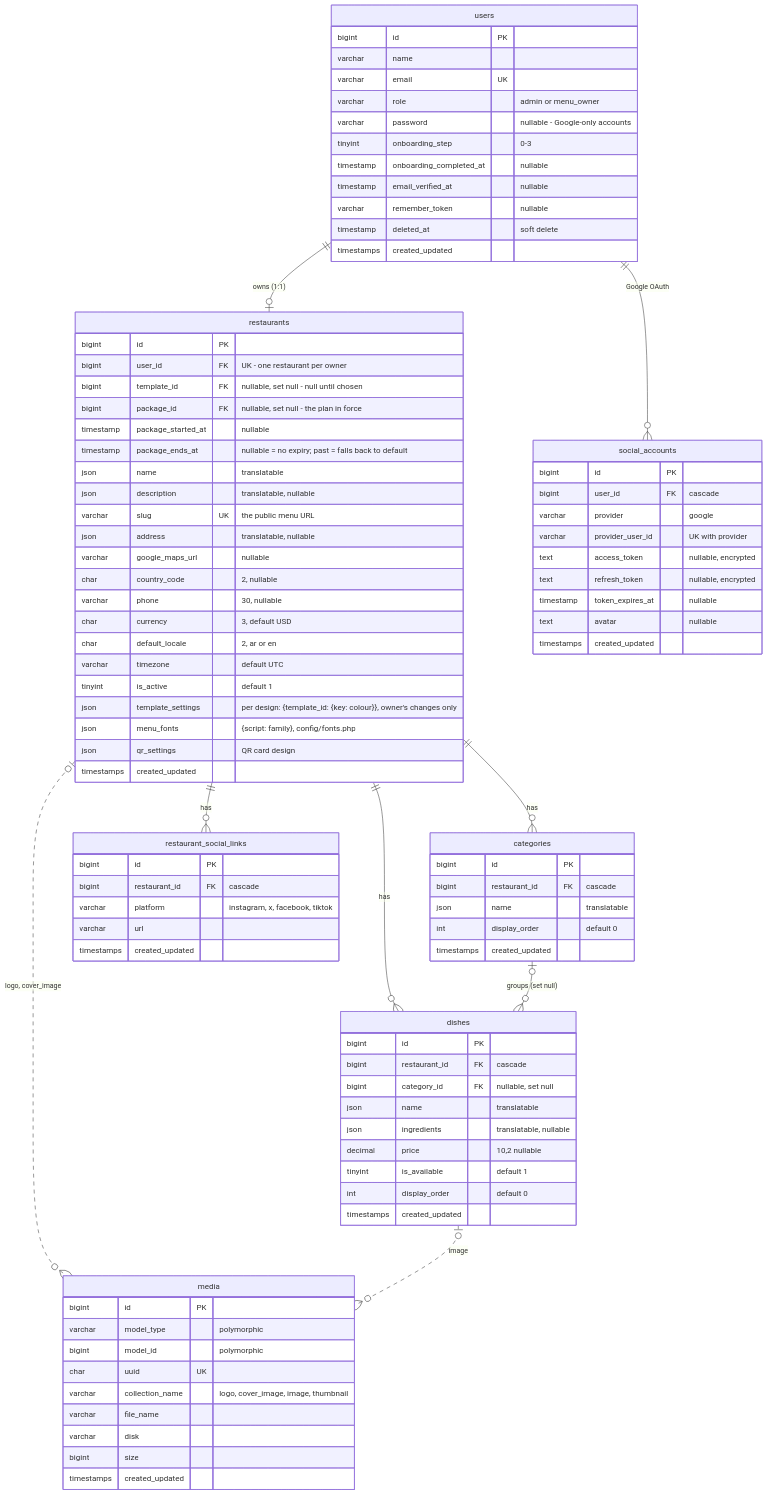
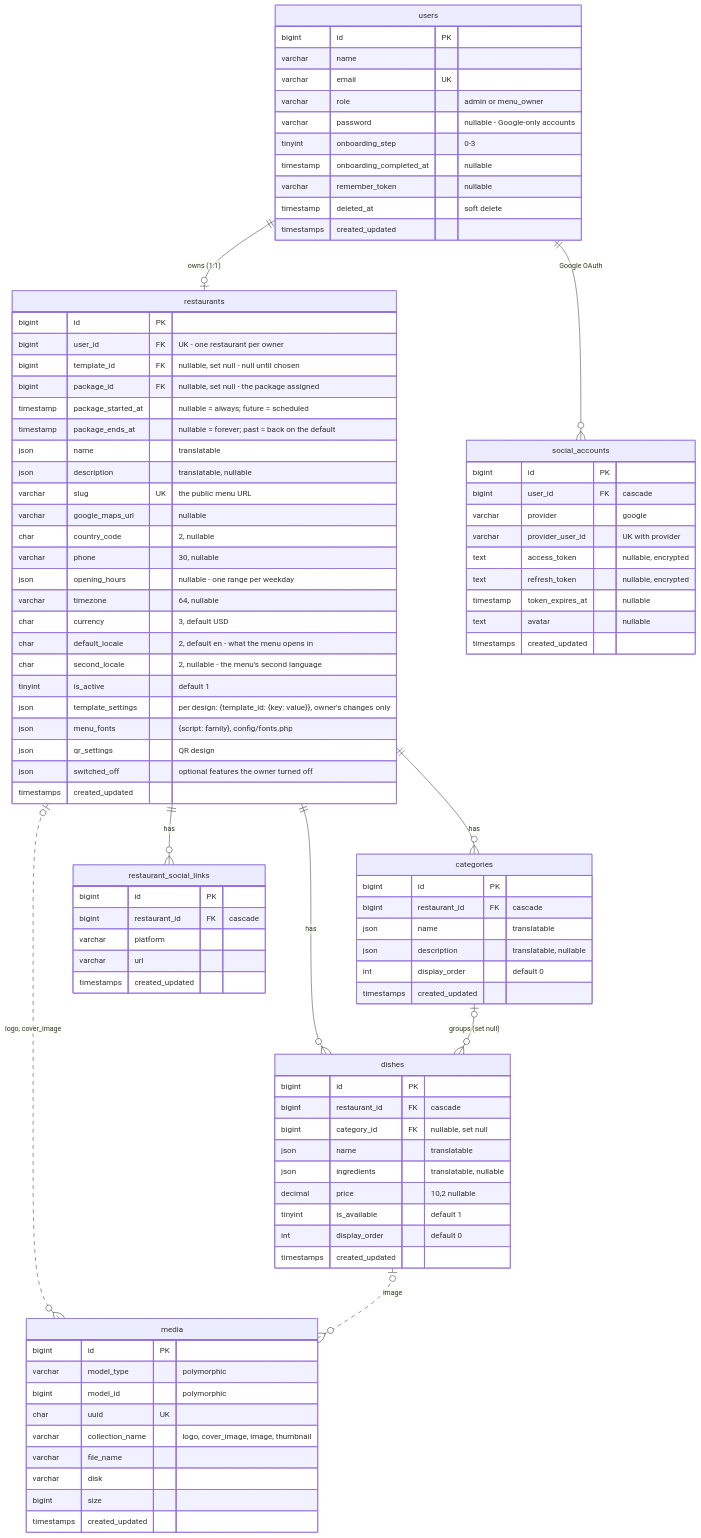
The first of 3 diagrams in docs/database-erd.md (Danyseifedine/qayema), drawn with Mermaid before and after one commit. The commit also changed other lines of this file and 420 other files, not shown here.

```diff
--- a/docs/database-erd.md
+++ b/docs/database-erd.md
@@ -22,7 +23,6 @@
         varchar password "nullable - Google-only accounts"
         tinyint onboarding_step "0-3"
         timestamp onboarding_completed_at "nullable"
-        timestamp email_verified_at "nullable"
         varchar remember_token "nullable"
         timestamp deleted_at "soft delete"
         timestamps created_updated
@@ -32,23 +32,25 @@
         bigint id PK
         bigint user_id FK "UK - one restaurant per owner"
         bigint template_id FK "nullable, set null - null until chosen"
-        bigint package_id FK "nullable, set null - the plan in force"
-        timestamp package_started_at "nullable"
-        timestamp package_ends_at "nullable = no expiry; past = falls back to default"
+        bigint package_id FK "nullable, set null - the package assigned"
+        timestamp package_started_at "nullable = always; future = scheduled"
+        timestamp package_ends_at "nullable = forever; past = back on the default"
         json name "translatable"
         json description "translatable, nullable"
         varchar slug UK "the public menu URL"
-        json address "translatable, nullable"
         varchar google_maps_url "nullable"
         char country_code "2, nullable"
         varchar phone "30, nullable"
+        json opening_hours "nullable - one range per weekday"
+        varchar timezone "64, nullable"
         char currency "3, default USD"
-        char default_locale "2, ar or en"
-        varchar timezone "default UTC"
+        char default_locale "2, default en - what the menu opens in"
+        char second_locale "2, nullable - the menu's second language"
         tinyint is_active "default 1"
-        json template_settings "per design: {template_id: {key: colour}}, owner's changes only"
+        json template_settings "per design: {template_id: {key: value}}, owner's changes only"
         json menu_fonts "{script: family}, config/fonts.php"
-        json qr_settings "QR card design"
+        json qr_settings "QR design"
+        json switched_off "optional features the owner turned off"
         timestamps created_updated
     }
 
@@ -56,6 +58,7 @@
         bigint id PK
         bigint restaurant_id FK "cascade"
         json name "translatable"
+        json description "translatable, nullable"
         int display_order "default 0"
         timestamps created_updated
     }
@@ -75,7 +78,7 @@
     restaurant_social_links {
         bigint id PK
         bigint restaurant_id FK "cascade"
-        varchar platform "instagram, x, facebook, tiktok"
+        varchar platform
         varchar url
         timestamps created_updated
     }
```
